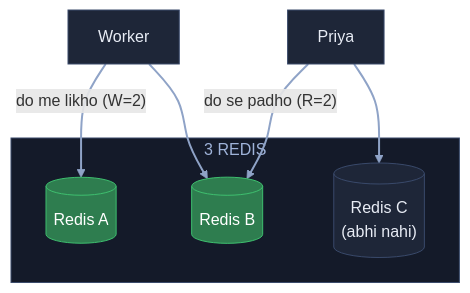
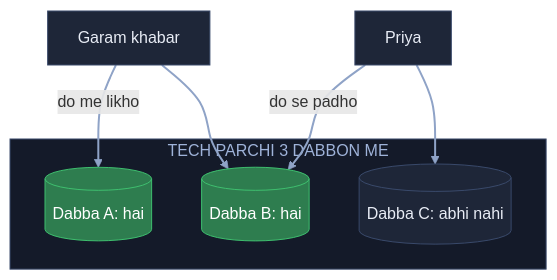
One commit to ArpanMaheshwari144/Prep changed the tenth of 11 diagrams in 04_HLD/SYSTEM_DESIGNS/08_news_aggregator/08_news_aggregator.md. Above: the diagram before and after it, drawn with Mermaid. The commit also changed other lines of this file, not shown here.

Commit message:
News: 11 diagram hand notes ke shabdon se; K6 se apna jodा timeout / circuit breaker hataya

````diff
--- a/04_HLD/SYSTEM_DESIGNS/08_news_aggregator/08_news_aggregator.md
+++ b/04_HLD/SYSTEM_DESIGNS/08_news_aggregator/08_news_aggregator.md
@@ -298,20 +300,20 @@
 ```mermaid
 flowchart TB
-    W["Worker"]:::card
-    subgraph RD["3 REDIS"]
-        A[("Redis A")]:::good
-        B[("Redis B")]:::good
-        C[("Redis C<br/>(abhi nahi)")]:::card
+    W["Garam khabar"]:::card
+    subgraph TD["TECH PARCHI 3 DABBON ME"]
+        A[("Dabba A: hai")]:::good
+        B[("Dabba B: hai")]:::good
+        C[("Dabba C: abhi nahi")]:::card
     end
     P["Priya"]:::card
-    W -- "do me likho (W=2)" --> A
+    W -- "do me likho" --> A
     W --> B
-    P -- "do se padho (R=2)" --> B
+    P -- "do se padho" --> B
     P --> C
     linkStyle default stroke:#8fa3c7,stroke-width:2px
     classDef card fill:#1e2638,stroke:#3a4a6b,color:#e8ecf5
     classDef pill fill:#f5c542,stroke:#f5c542,color:#000
     classDef good fill:#2e7d4f,stroke:#3fbf6f,color:#fff
     classDef bad fill:#5c1f24,stroke:#e05561,color:#fff
-    style RD fill:#141a29,stroke:#3a4a6b,color:#9fb3d9
+    style TD fill:#141a29,stroke:#3a4a6b,color:#9fb3d9
 ```
````
